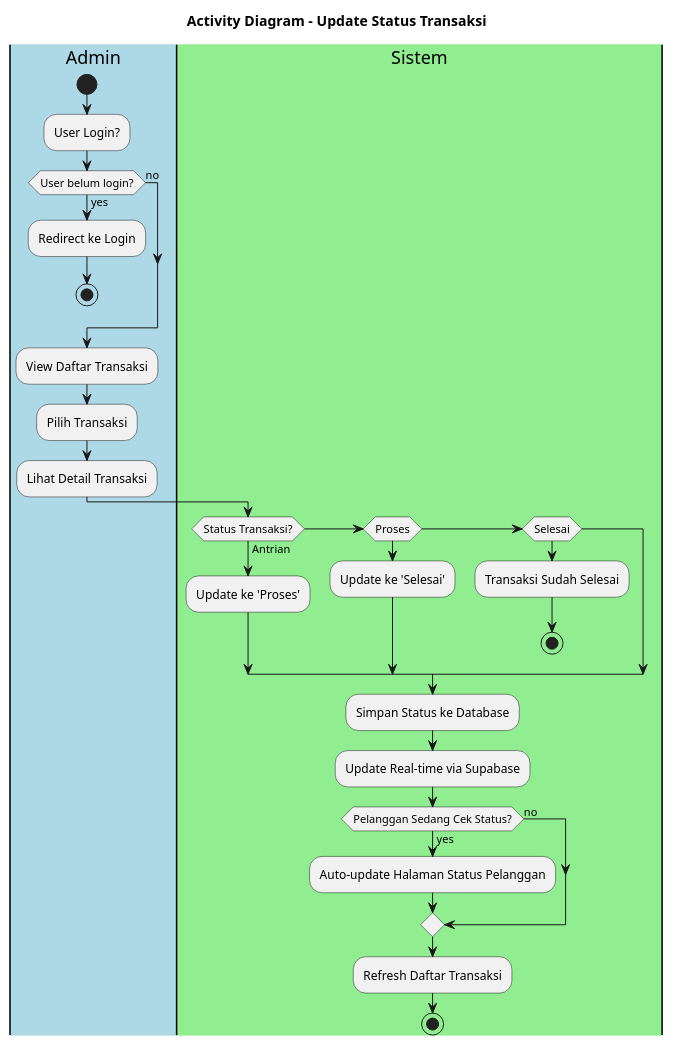
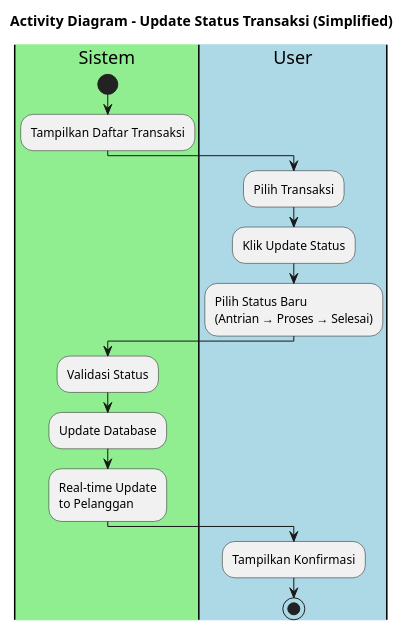
One commit to rizkygm23/laundry-app changed the diagram in diagrams/activity_update_status.puml. Above: the diagram before and after it, drawn with PlantUML. The commit also changed other lines of this file and 5 other files, not shown here.

Commit message:
add diagram

```diff
--- a/diagrams/activity_update_status.puml
+++ b/diagrams/activity_update_status.puml
@@ -1,37 +1,22 @@
 @startuml Activity Diagram - Update Status Transaksi
-title Activity Diagram - Update Status Transaksi
-
-|#LightBlue|Admin|
-start
-:User Login?;
-if (User belum login?) then (yes)
-  :Redirect ke Login;
-  stop
-else (no)
-endif
-
-:View Daftar Transaksi;
-:Pilih Transaksi;
-:Lihat Detail Transaksi;
+title Activity Diagram - Update Status Transaksi (Simplified)
 
 |#LightGreen|Sistem|
-if (Status Transaksi?) then (Antrian)
-  :Update ke 'Proses';
-elseif (Proses) then
-  :Update ke 'Selesai';
-elseif (Selesai) then
-  :Transaksi Sudah Selesai;
-  stop
-endif
+start
+:Tampilkan Daftar Transaksi;
 
-:Simpan Status ke Database;
-:Update Real-time via Supabase;
+|#LightBlue|User|
+:Pilih Transaksi;
+:Klik Update Status;
+:Pilih Status Baru\n(Antrian → Proses → Selesai);
 
-if (Pelanggan Sedang Cek Status?) then (yes)
-  :Auto-update Halaman Status Pelanggan;
-else (no)
-endif
+|#LightGreen|Sistem|
+:Validasi Status;
+:Update Database;
+:Real-time Update\nto Pelanggan;
 
-:Refresh Daftar Transaksi;
+|#LightBlue|User|
+:Tampilkan Konfirmasi;
 stop
+
 @enduml
```
